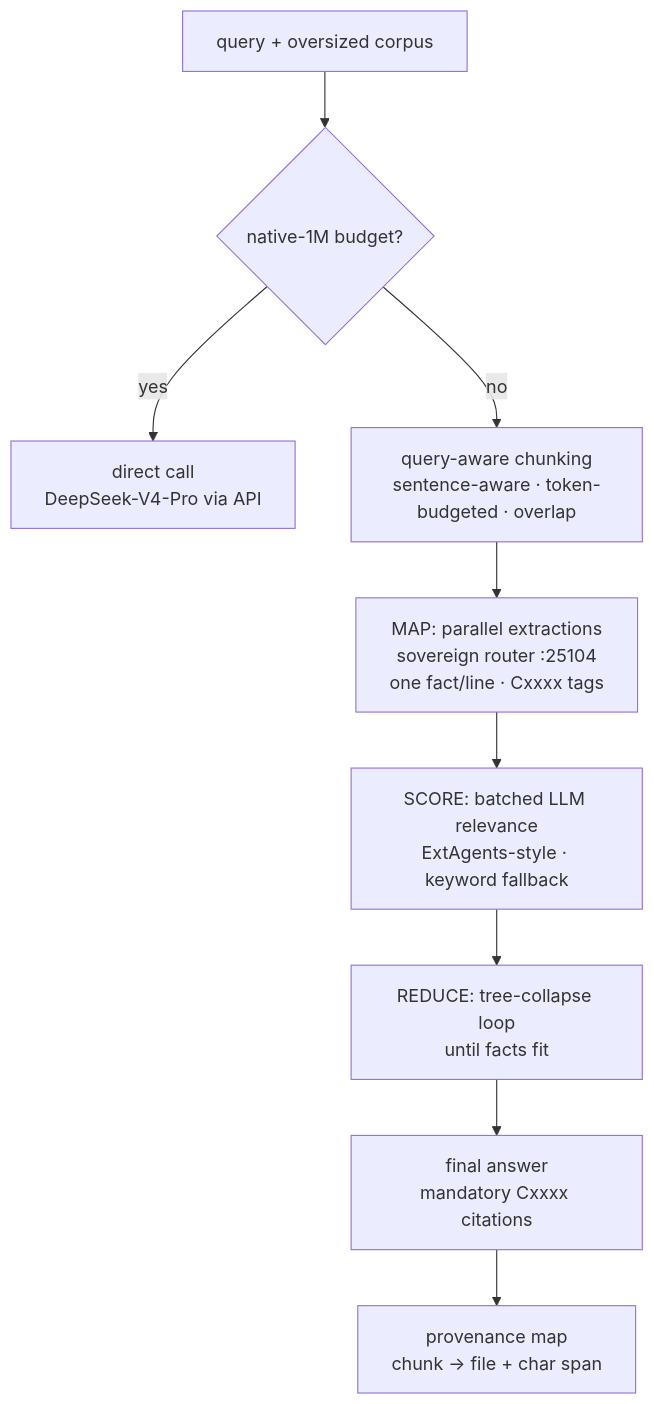
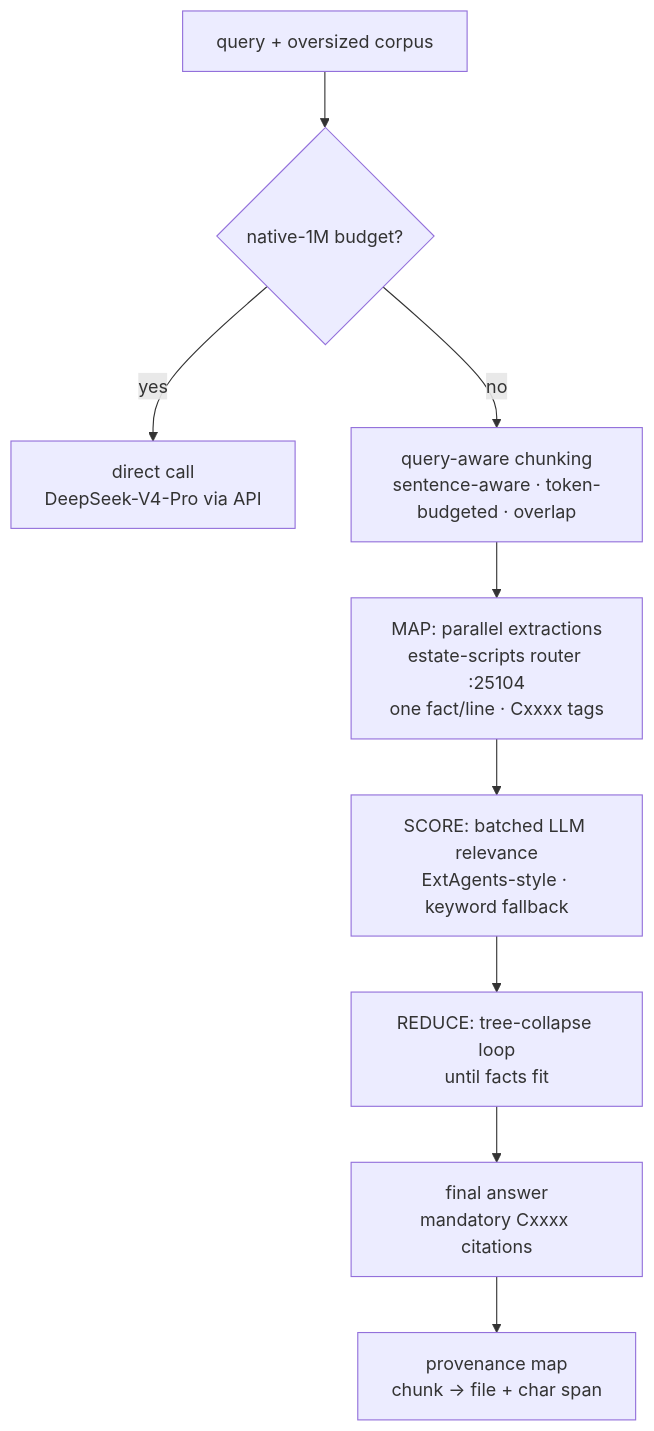
The diagram in auto1m/README.md (toxicwind/ranch), drawn with Mermaid before and after one commit. The commit also changed other lines of this file and 633 other files, not shown here.

````diff
--- a/auto1m/README.md
+++ b/auto1m/README.md
@@ -18,11 +18,11 @@
 ```mermaid
 flowchart TB
     Q[query + oversized corpus] --> FIT{native-1M budget?}
     FIT -->|yes| DIRECT[direct call<br/>DeepSeek-V4-Pro via API]
     FIT -->|no| CHUNK[query-aware chunking<br/>sentence-aware · token-budgeted · overlap]
-    CHUNK --> MAP[MAP: parallel extractions<br/>sovereign router :25104<br/>one fact/line · Cxxxx tags]
+    CHUNK --> MAP[MAP: parallel extractions<br/>estate-scripts router :25104<br/>one fact/line · Cxxxx tags]
     MAP --> SCORE[SCORE: batched LLM relevance<br/>ExtAgents-style · keyword fallback]
     SCORE --> REDUCE[REDUCE: tree-collapse loop<br/>until facts fit]
     REDUCE --> ANS[final answer<br/>mandatory Cxxxx citations]
     ANS --> PROV[provenance map<br/>chunk → file + char span]
 ```
````
